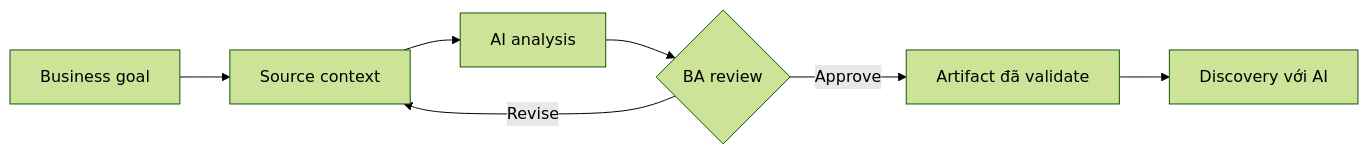
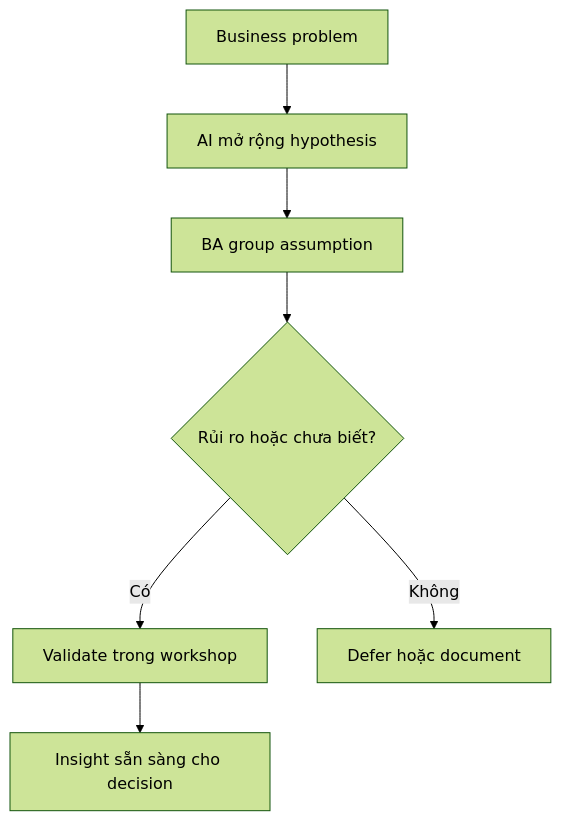
Before and after one commit to anhtnt90dev/ai-for-ba: the diagram in docs/vi/lessons/discovery-with-ai/index.md, drawn with Mermaid (forest theme). The commit also changed other lines of this file and 64 other files, not shown here.

````diff
--- a/docs/vi/lessons/discovery-with-ai/index.md
+++ b/docs/vi/lessons/discovery-with-ai/index.md
@@ -39,9 +38,9 @@
 ```mermaid
-flowchart LR
-    A["Business goal"] --> B["Source context"]
-    B --> C["AI analysis"]
-    C --> D{"BA review"}
-    D -->|"Revise"| B
-    D -->|"Approve"| E["Artifact đã validate"]
-    E --> F["Discovery với AI"]
+flowchart TD
+    A["Business problem"] --> B["AI mở rộng hypothesis"]
+    B --> C["BA group assumption"]
+    C --> D{"Rủi ro hoặc chưa biết?"}
+    D -->|Có| E["Validate trong workshop"]
+    D -->|Không| F["Defer hoặc document"]
+    E --> G["Insight sẵn sàng cho decision"]
 ```
````
